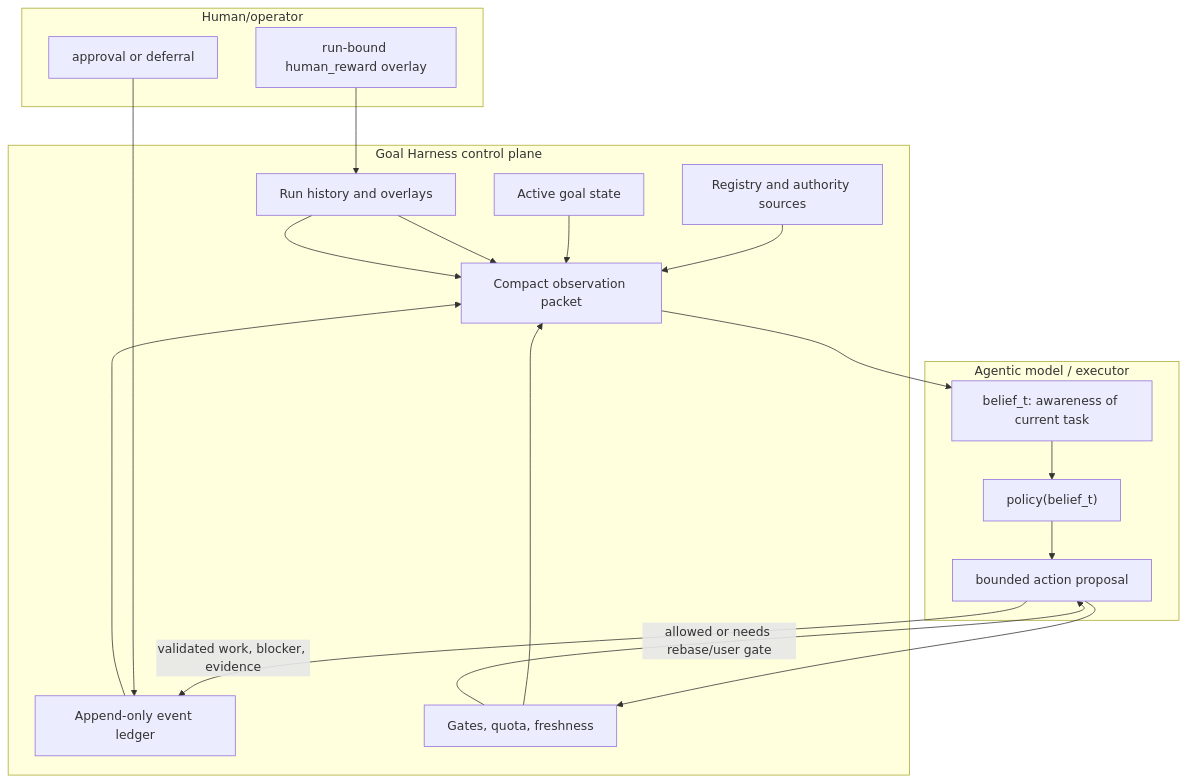
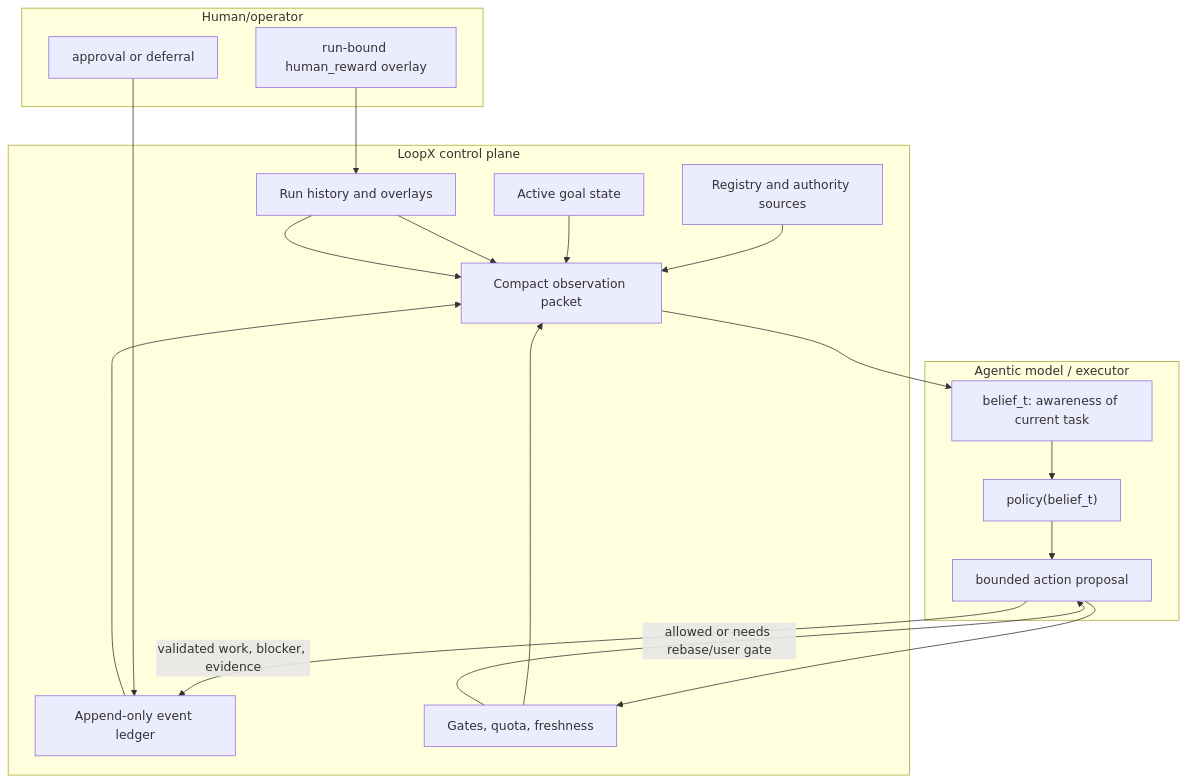
Before and after one commit to huangruiteng/goal-harness: the second of 4 diagrams in docs/state-interaction-model.md, drawn with Mermaid. The commit also changed other lines of this file and 641 other files, not shown here.

````diff
--- a/docs/state-interaction-model.md
+++ b/docs/state-interaction-model.md
@@ -359,37 +359,37 @@
 ```mermaid
 flowchart TB
-  subgraph Harness["Goal Harness control plane"]
+  subgraph Harness["LoopX control plane"]
     Registry["Registry and authority sources"]
     ActiveState["Active goal state"]
     Ledger["Append-only event ledger"]
     Runs["Run history and overlays"]
     Gates["Gates, quota, freshness"]
     Observation["Compact observation packet"]
   end
 
   subgraph Model["Agentic model / executor"]
     Belief["belief_t: awareness of current task"]
     Policy["policy(belief_t)"]
     Action["bounded action proposal"]
   end
 
   subgraph Operator["Human/operator"]
     Approval["approval or deferral"]
     Reward["run-bound human_reward overlay"]
   end
 
   Registry --> Observation
   ActiveState --> Observation
   Ledger --> Observation
   Runs --> Observation
   Gates --> Observation
   Observation --> Belief
   Belief --> Policy
   Policy --> Action
   Action --> Gates
   Gates -->|"allowed or needs rebase/user gate"| Action
   Action -->|"validated work, blocker, evidence"| Ledger
   Approval --> Ledger
   Reward --> Runs
   Runs --> Observation
 ```
````
